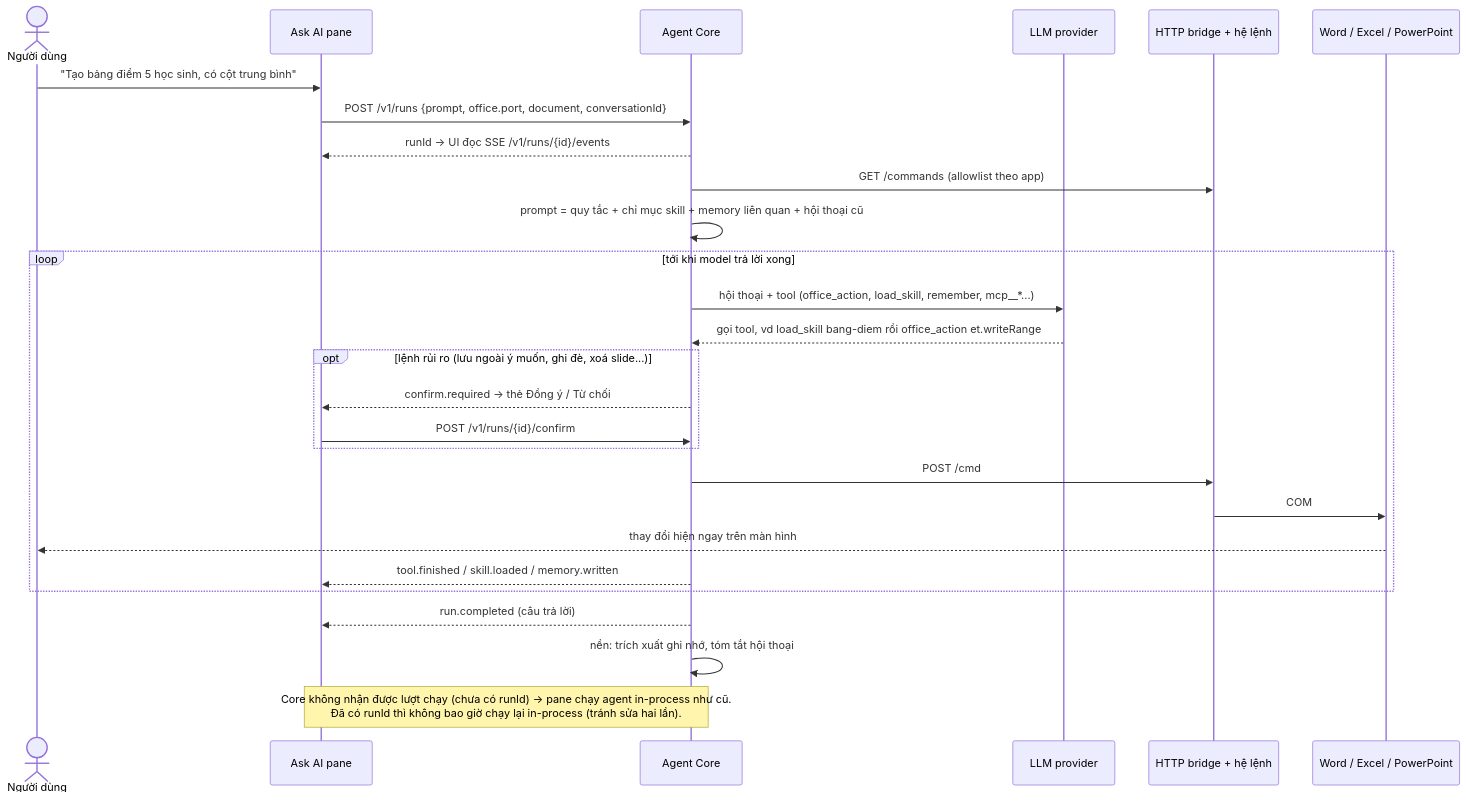
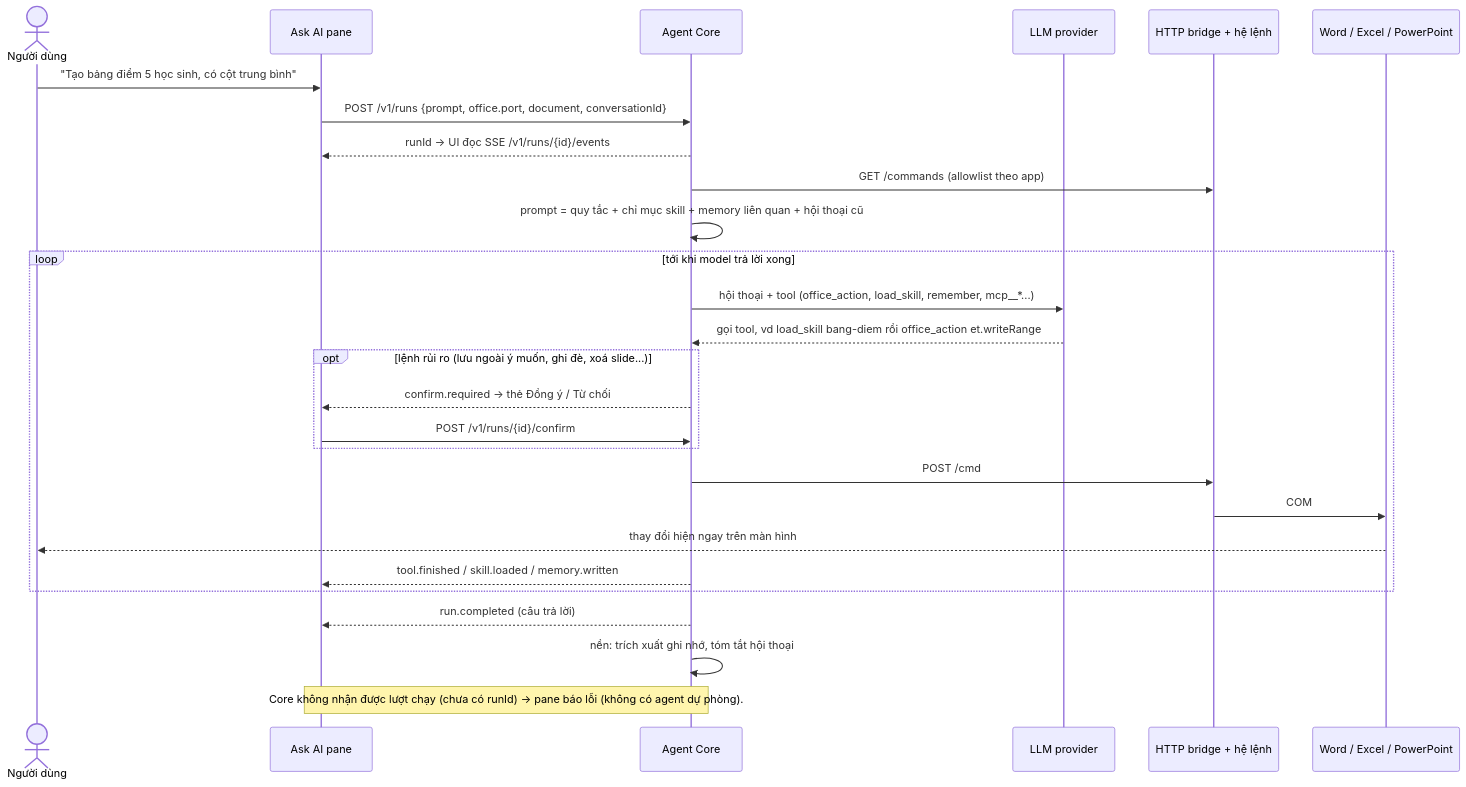
The fourth of 20 diagrams in docs/architecture/README.md (rgb-vgx/Axiom-Office), drawn with Mermaid before and after one commit. The commit also changed other lines of this file and 16 other files, not shown here.

First line of the commit message:
refactor(addin): bo agent in-process (AiAgent, LlmClient.RunAgent, LegacyAgent)

````diff
--- a/docs/architecture/README.md
+++ b/docs/architecture/README.md
@@ -231,30 +231,30 @@
 ```mermaid
 sequenceDiagram
     actor U as Người dùng
     participant UI as Ask AI pane
     participant CO as Agent Core
     participant LLM as LLM provider
     participant BR as HTTP bridge + hệ lệnh
     participant APP as Word / Excel / PowerPoint
 
     U->>UI: "Tạo bảng điểm 5 học sinh, có cột trung bình"
     UI->>CO: POST /v1/runs {prompt, office.port, document, conversationId}
     CO-->>UI: runId → UI đọc SSE /v1/runs/{id}/events
     CO->>BR: GET /commands (allowlist theo app)
     CO->>CO: prompt = quy tắc + chỉ mục skill + memory liên quan + hội thoại cũ
     loop tới khi model trả lời xong
         CO->>LLM: hội thoại + tool (office_action, load_skill, remember, mcp__*...)
         LLM-->>CO: gọi tool, vd load_skill bang-diem rồi office_action et.writeRange
         opt lệnh rủi ro (lưu ngoài ý muốn, ghi đè, xoá slide...)
             CO-->>UI: confirm.required → thẻ Đồng ý / Từ chối
             UI->>CO: POST /v1/runs/{id}/confirm
         end
         CO->>BR: POST /cmd
         BR->>APP: COM
         APP-->>U: thay đổi hiện ngay trên màn hình
         CO-->>UI: tool.finished / skill.loaded / memory.written
     end
     CO-->>UI: run.completed (câu trả lời)
     CO->>CO: nền: trích xuất ghi nhớ, tóm tắt hội thoại
-    Note over UI,CO: Core không nhận được lượt chạy (chưa có runId) → pane chạy agent in-process như cũ.<br/>Đã có runId thì không bao giờ chạy lại in-process (tránh sửa hai lần).
+    Note over UI,CO: Core không nhận được lượt chạy (chưa có runId) → pane báo lỗi (không có agent dự phòng).
 ```
````
